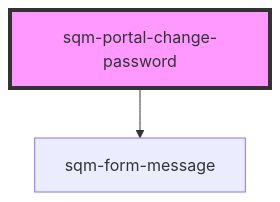
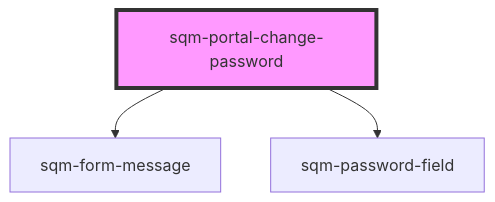
One commit to saasquatch/program-tools changed the diagram in packages/mint-components/src/components/sqm-portal-change-password/readme.md. Above: the diagram before and after it, drawn with Mermaid. The commit also changed other lines of this file and 18 other files, not shown here.

````diff
--- a/packages/mint-components/src/components/sqm-portal-change-password/readme.md
+++ b/packages/mint-components/src/components/sqm-portal-change-password/readme.md
@@ -22,5 +23,6 @@
 ```mermaid
 graph TD;
   sqm-portal-change-password --> sqm-form-message
+  sqm-portal-change-password --> sqm-password-field
   style sqm-portal-change-password fill:#f9f,stroke:#333,stroke-width:4px
 ```
````
